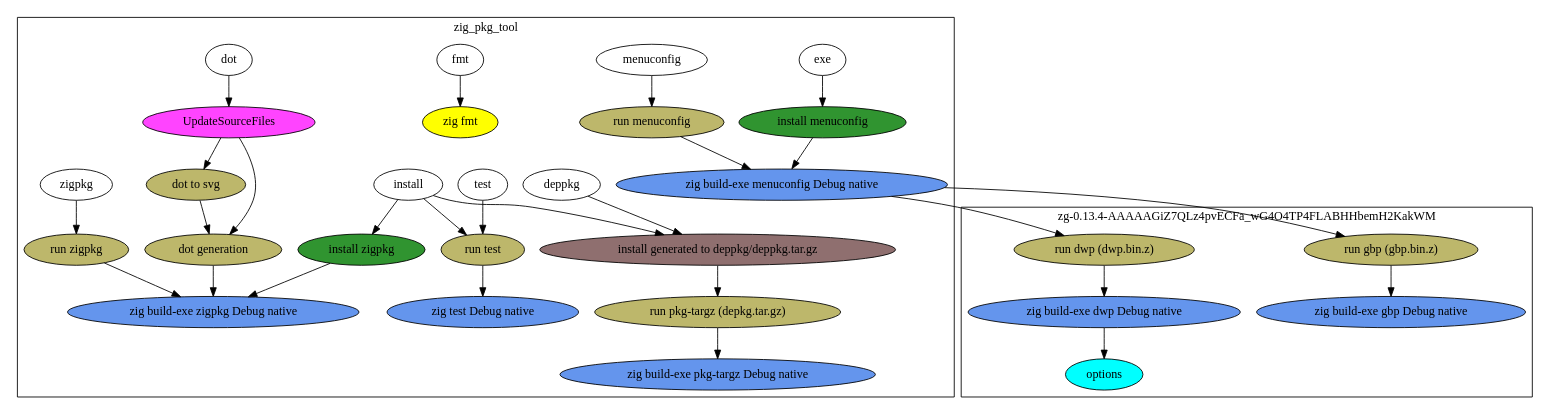
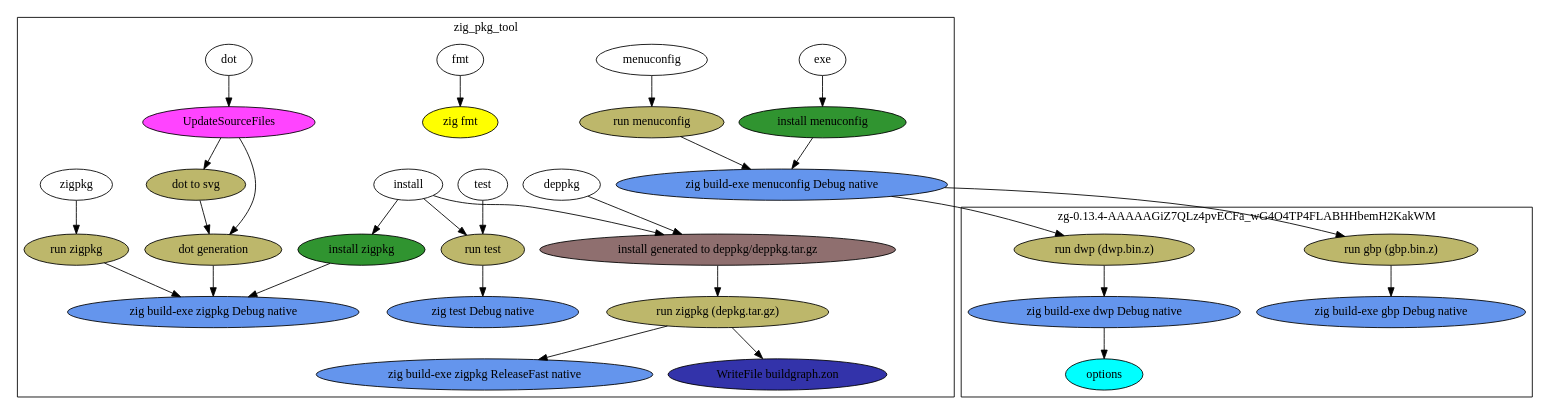
The diagram in graph.dot (dasimmet/zig_pkg_tool), drawn with Graphviz before and after one commit. The commit also changed 6 other files, not shown here.

```diff
--- a/graph.dot
+++ b/graph.dot
@@ -1,92 +1,95 @@
 digraph {
 "N0" [label="install", style="filled", fillcolor="#ffffff", group="G0", tooltip="zig_pkg_tool"]
 "N0" -> "N1"
 "N0" -> "N2"
 "N0" -> "N3"
 "N1" [label="install generated to deppkg/deppkg.tar.gz", style="filled", fillcolor="#8f6f6f", group="G0", tooltip="zig_pkg_tool"]
 "N1" -> "N4"
-"N4" [label="run pkg-targz (depkg.tar.gz)", style="filled", fillcolor="#bdb76b", group="G0", tooltip="zig_pkg_tool"]
+"N4" [label="run zigpkg (depkg.tar.gz)", style="filled", fillcolor="#bdb76b", group="G0", tooltip="zig_pkg_tool"]
 "N4" -> "N5"
-"N5" [label="zig build-exe pkg-targz Debug native", style="filled", fillcolor="#6495ed", group="G0", tooltip="zig_pkg_tool"]
+"N4" -> "N6"
+"N5" [label="zig build-exe zigpkg ReleaseFast native", style="filled", fillcolor="#6495ed", group="G0", tooltip="zig_pkg_tool"]
+"N6" [label="WriteFile buildgraph.zon", style="filled", fillcolor="#3333aa", group="G0", tooltip="zig_pkg_tool"]
 "N2" [label="install zigpkg", style="filled", fillcolor="#309430", group="G0", tooltip="zig_pkg_tool"]
-"N2" -> "N6"
-"N6" [label="zig build-exe zigpkg Debug native", style="filled", fillcolor="#6495ed", group="G0", tooltip="zig_pkg_tool"]
+"N2" -> "N7"
+"N7" [label="zig build-exe zigpkg Debug native", style="filled", fillcolor="#6495ed", group="G0", tooltip="zig_pkg_tool"]
 "N3" [label="run test", style="filled", fillcolor="#bdb76b", group="G0", tooltip="zig_pkg_tool"]
-"N3" -> "N7"
-"N7" [label="zig test Debug native", style="filled", fillcolor="#6495ed", group="G0", tooltip="zig_pkg_tool"]
-"N8" [label="deppkg", style="filled", fillcolor="#ffffff", group="G0", tooltip="zig_pkg_tool"]
-"N8" -> "N1"
-"N9" [label="dot", style="filled", fillcolor="#ffffff", group="G0", tooltip="zig_pkg_tool"]
-"N9" -> "N10"
-"N10" [label="UpdateSourceFiles", style="filled", fillcolor="#ff44ff", group="G0", tooltip="zig_pkg_tool"]
+"N3" -> "N8"
+"N8" [label="zig test Debug native", style="filled", fillcolor="#6495ed", group="G0", tooltip="zig_pkg_tool"]
+"N9" [label="deppkg", style="filled", fillcolor="#ffffff", group="G0", tooltip="zig_pkg_tool"]
+"N9" -> "N1"
+"N10" [label="dot", style="filled", fillcolor="#ffffff", group="G0", tooltip="zig_pkg_tool"]
 "N10" -> "N11"
-"N10" -> "N12"
-"N11" [label="dot generation", style="filled", fillcolor="#bdb76b", group="G0", tooltip="zig_pkg_tool"]
-"N11" -> "N6"
-"N12" [label="dot to svg", style="filled", fillcolor="#bdb76b", group="G0", tooltip="zig_pkg_tool"]
-"N12" -> "N11"
-"N13" [label="exe", style="filled", fillcolor="#ffffff", group="G0", tooltip="zig_pkg_tool"]
-"N13" -> "N14"
-"N14" [label="install menuconfig", style="filled", fillcolor="#309430", group="G0", tooltip="zig_pkg_tool"]
+"N11" [label="UpdateSourceFiles", style="filled", fillcolor="#ff44ff", group="G0", tooltip="zig_pkg_tool"]
+"N11" -> "N12"
+"N11" -> "N13"
+"N12" [label="dot generation", style="filled", fillcolor="#bdb76b", group="G0", tooltip="zig_pkg_tool"]
+"N12" -> "N7"
+"N13" [label="dot to svg", style="filled", fillcolor="#bdb76b", group="G0", tooltip="zig_pkg_tool"]
+"N13" -> "N12"
+"N14" [label="exe", style="filled", fillcolor="#ffffff", group="G0", tooltip="zig_pkg_tool"]
 "N14" -> "N15"
-"N15" [label="zig build-exe menuconfig Debug native", style="filled", fillcolor="#6495ed", group="G0", tooltip="zig_pkg_tool"]
+"N15" [label="install menuconfig", style="filled", fillcolor="#309430", group="G0", tooltip="zig_pkg_tool"]
 "N15" -> "N16"
-"N15" -> "N17"
-"N16" [label="run gbp (gbp.bin.z)", style="filled", fillcolor="#bdb76b", group="G1", tooltip="zg-0.13.4-AAAAAGiZ7QLz4pvECFa_wG4O4TP4FLABHHbemH2KakWM"]
+"N16" [label="zig build-exe menuconfig Debug native", style="filled", fillcolor="#6495ed", group="G0", tooltip="zig_pkg_tool"]
+"N16" -> "N17"
 "N16" -> "N18"
-"N18" [label="zig build-exe gbp Debug native", style="filled", fillcolor="#6495ed", group="G1", tooltip="zg-0.13.4-AAAAAGiZ7QLz4pvECFa_wG4O4TP4FLABHHbemH2KakWM"]
-"N17" [label="run dwp (dwp.bin.z)", style="filled", fillcolor="#bdb76b", group="G1", tooltip="zg-0.13.4-AAAAAGiZ7QLz4pvECFa_wG4O4TP4FLABHHbemH2KakWM"]
+"N17" [label="run gbp (gbp.bin.z)", style="filled", fillcolor="#bdb76b", group="G1", tooltip="zg-0.13.4-AAAAAGiZ7QLz4pvECFa_wG4O4TP4FLABHHbemH2KakWM"]
 "N17" -> "N19"
-"N19" [label="zig build-exe dwp Debug native", style="filled", fillcolor="#6495ed", group="G1", tooltip="zg-0.13.4-AAAAAGiZ7QLz4pvECFa_wG4O4TP4FLABHHbemH2KakWM"]
-"N19" -> "N20"
-"N20" [label="options", style="filled", fillcolor="#00ffff", group="G1", tooltip="zg-0.13.4-AAAAAGiZ7QLz4pvECFa_wG4O4TP4FLABHHbemH2KakWM"]
-"N21" [label="fmt", style="filled", fillcolor="#ffffff", group="G0", tooltip="zig_pkg_tool"]
-"N21" -> "N22"
-"N22" [label="zig fmt", style="filled", fillcolor="#ffff00", group="G0", tooltip="zig_pkg_tool"]
-"N23" [label="menuconfig", style="filled", fillcolor="#ffffff", group="G0", tooltip="zig_pkg_tool"]
-"N23" -> "N24"
-"N24" [label="run menuconfig", style="filled", fillcolor="#bdb76b", group="G0", tooltip="zig_pkg_tool"]
-"N24" -> "N15"
-"N25" [label="test", style="filled", fillcolor="#ffffff", group="G0", tooltip="zig_pkg_tool"]
-"N25" -> "N3"
-"N26" [label="zigpkg", style="filled", fillcolor="#ffffff", group="G0", tooltip="zig_pkg_tool"]
-"N26" -> "N27"
-"N27" [label="run zigpkg", style="filled", fillcolor="#bdb76b", group="G0", tooltip="zig_pkg_tool"]
-"N27" -> "N6"
+"N19" [label="zig build-exe gbp Debug native", style="filled", fillcolor="#6495ed", group="G1", tooltip="zg-0.13.4-AAAAAGiZ7QLz4pvECFa_wG4O4TP4FLABHHbemH2KakWM"]
+"N18" [label="run dwp (dwp.bin.z)", style="filled", fillcolor="#bdb76b", group="G1", tooltip="zg-0.13.4-AAAAAGiZ7QLz4pvECFa_wG4O4TP4FLABHHbemH2KakWM"]
+"N18" -> "N20"
+"N20" [label="zig build-exe dwp Debug native", style="filled", fillcolor="#6495ed", group="G1", tooltip="zg-0.13.4-AAAAAGiZ7QLz4pvECFa_wG4O4TP4FLABHHbemH2KakWM"]
+"N20" -> "N21"
+"N21" [label="options", style="filled", fillcolor="#00ffff", group="G1", tooltip="zg-0.13.4-AAAAAGiZ7QLz4pvECFa_wG4O4TP4FLABHHbemH2KakWM"]
+"N22" [label="fmt", style="filled", fillcolor="#ffffff", group="G0", tooltip="zig_pkg_tool"]
+"N22" -> "N23"
+"N23" [label="zig fmt", style="filled", fillcolor="#ffff00", group="G0", tooltip="zig_pkg_tool"]
+"N24" [label="menuconfig", style="filled", fillcolor="#ffffff", group="G0", tooltip="zig_pkg_tool"]
+"N24" -> "N25"
+"N25" [label="run menuconfig", style="filled", fillcolor="#bdb76b", group="G0", tooltip="zig_pkg_tool"]
+"N25" -> "N16"
+"N26" [label="test", style="filled", fillcolor="#ffffff", group="G0", tooltip="zig_pkg_tool"]
+"N26" -> "N3"
+"N27" [label="zigpkg", style="filled", fillcolor="#ffffff", group="G0", tooltip="zig_pkg_tool"]
+"N27" -> "N28"
+"N28" [label="run zigpkg", style="filled", fillcolor="#bdb76b", group="G0", tooltip="zig_pkg_tool"]
+"N28" -> "N7"
 subgraph cluster_0 {
   cluster = true
   label = "zig_pkg_tool"
   "N0"
   "N1"
   "N2"
   "N3"
   "N4"
   "N5"
   "N6"
   "N7"
   "N8"
   "N9"
   "N10"
   "N11"
   "N12"
   "N13"
   "N14"
   "N15"
-  "N21"
+  "N16"
   "N22"
   "N23"
   "N24"
   "N25"
   "N26"
   "N27"
+  "N28"
 }
 subgraph cluster_1 {
   cluster = true
   label = "zg-0.13.4-AAAAAGiZ7QLz4pvECFa_wG4O4TP4FLABHHbemH2KakWM"
-  "N16"
   "N17"
   "N18"
   "N19"
   "N20"
+  "N21"
 }
 }
```
